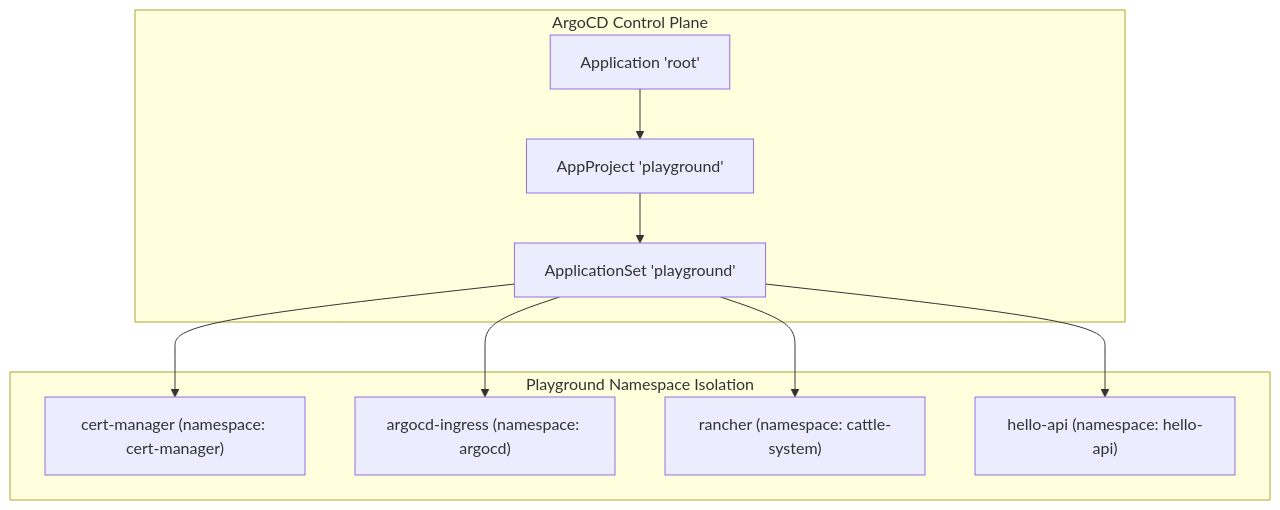
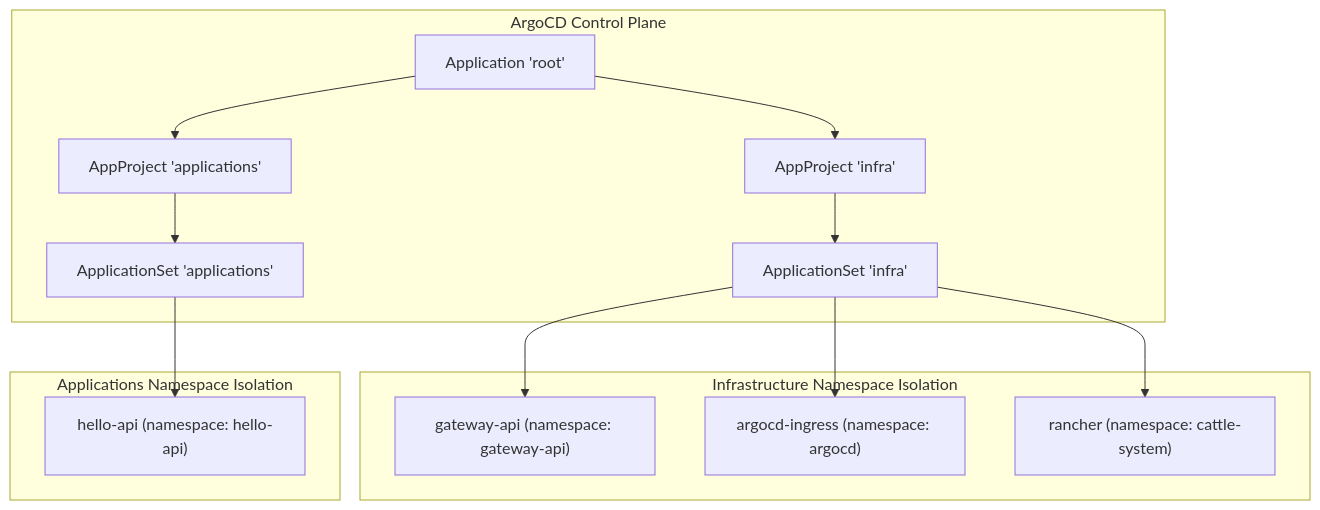
The first of 5 diagrams in .qoder/repowiki/en/content/Playground Applications/Playground Applications.md (Hoangvu75/k8s_manifest), drawn with Mermaid before and after one commit. The commit also changed other lines of this file and 24 other files, not shown here.

````diff
--- a/.qoder/repowiki/en/content/Playground Applications/Playground Applications.md
+++ b/.qoder/repowiki/en/content/Playground Applications/Playground Applications.md
@@ -45,20 +66,26 @@
 ```mermaid
 graph TB
 subgraph "ArgoCD Control Plane"
 Root["Application 'root'"]
-Proj["AppProject 'playground'"]
-AppSet["ApplicationSet 'playground'"]
+InfraProj["AppProject 'infra'"]
+AppsProj["AppProject 'applications'"]
+InfraAppSet["ApplicationSet 'infra'"]
+AppsAppSet["ApplicationSet 'applications'"]
 end
-subgraph "Playground Namespace Isolation"
-CM["cert-manager (namespace: cert-manager)"]
+subgraph "Infrastructure Namespace Isolation"
+GATEWAY["gateway-api (namespace: gateway-api)"]
 ARGO["argocd-ingress (namespace: argocd)"]
 RANCH["rancher (namespace: cattle-system)"]
+end
+subgraph "Applications Namespace Isolation"
 HELLO["hello-api (namespace: hello-api)"]
 end
-Root --> Proj
-Proj --> AppSet
-AppSet --> CM
-AppSet --> ARGO
-AppSet --> RANCH
-AppSet --> HELLO
+Root --> InfraProj
+Root --> AppsProj
+InfraProj --> InfraAppSet
+AppsProj --> AppsAppSet
+InfraAppSet --> GATEWAY
+InfraAppSet --> ARGO
+InfraAppSet --> RANCH
+AppsAppSet --> HELLO
 ```
````
